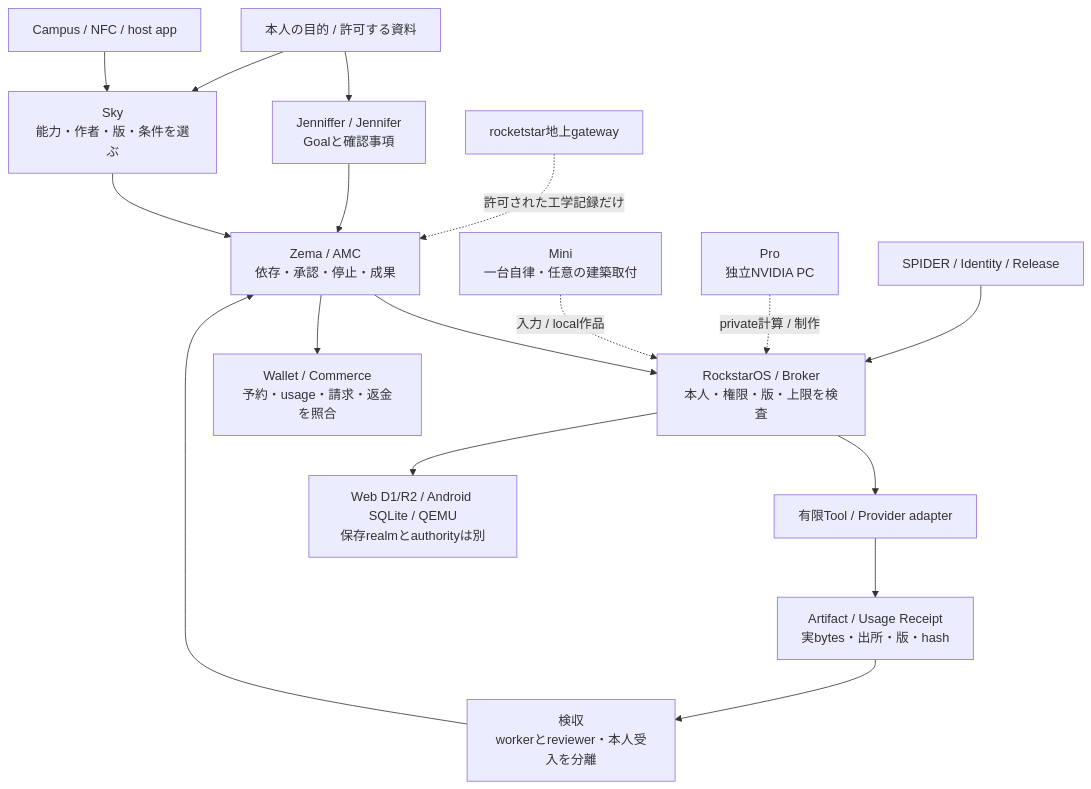
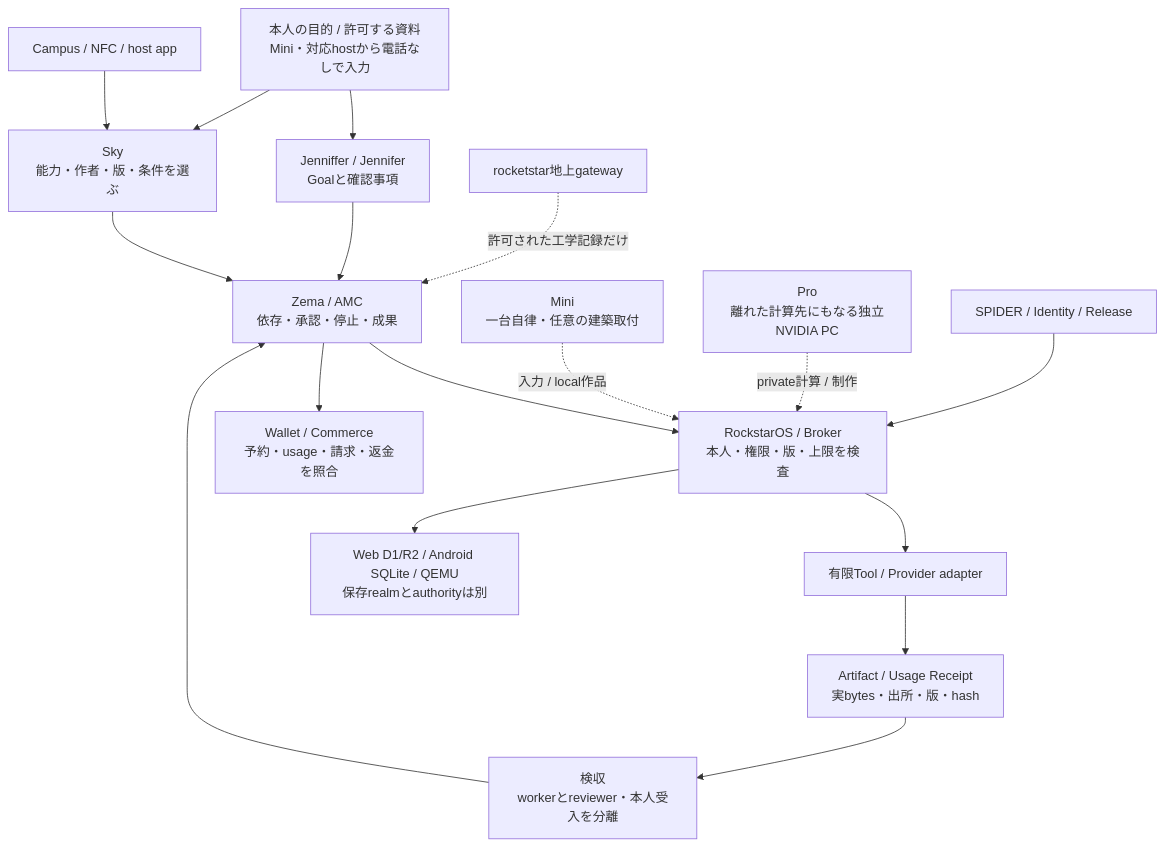
One commit to k999ln/rock changed the first of 5 diagrams in docs/service-design/07-ecosystem-strategy-and-data.md. Above: the diagram before and after it, drawn with Mermaid. The commit also changed other lines of this file and 14 other files, not shown here.

````diff
--- a/docs/service-design/07-ecosystem-strategy-and-data.md
+++ b/docs/service-design/07-ecosystem-strategy-and-data.md
@@ -48,19 +54,19 @@
 ```mermaid
 flowchart TB
-  U["本人の目的 / 許可する資料"] --> J["Jenniffer / Jennifer<br/>Goalと確認事項"]
+  U["本人の目的 / 許可する資料<br/>Mini・対応hostから電話なしで入力"] --> J["Jenniffer / Jennifer<br/>Goalと確認事項"]
   U --> S["Sky<br/>能力・作者・版・条件を選ぶ"]
   J --> Z["Zema / AMC<br/>依存・承認・停止・成果"]
   S --> Z
   Z --> B["RockstarOS / Broker<br/>本人・権限・版・上限を検査"]
   B --> E["有限Tool / Provider adapter"]
   E --> A["Artifact / Usage Receipt<br/>実bytes・出所・版・hash"]
   A --> V["検収<br/>workerとreviewer・本人受入を分離"]
   V --> Z
   Z --> W["Wallet / Commerce<br/>予約・usage・請求・返金を照合"]
   MINI["Mini<br/>一台自律・任意の建築取付"] -. "入力 / local作品" .-> B
-  PRO["Pro<br/>独立NVIDIA PC"] -. "private計算 / 制作" .-> B
+  PRO["Pro<br/>離れた計算先にもなる独立NVIDIA PC"] -. "private計算 / 制作" .-> B
   C["Campus / NFC / host app"] --> S
   SEC["SPIDER / Identity / Release"] --> B
   B --> INF["Web D1/R2 / Android SQLite / QEMU<br/>保存realmとauthorityは別"]
   R["rocketstar地上gateway"] -. "許可された工学記録だけ" .-> Z
 ```
````
